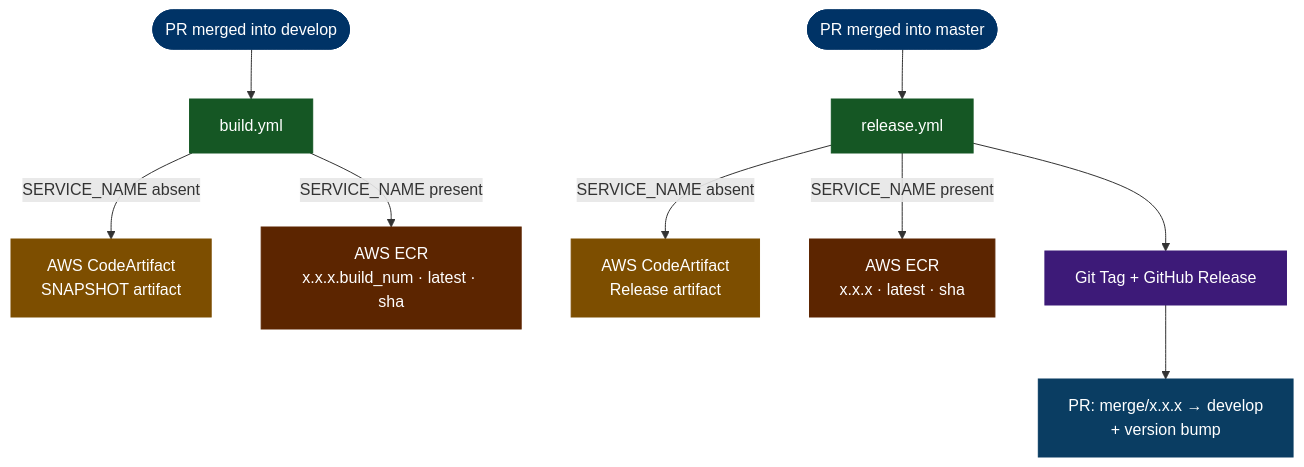
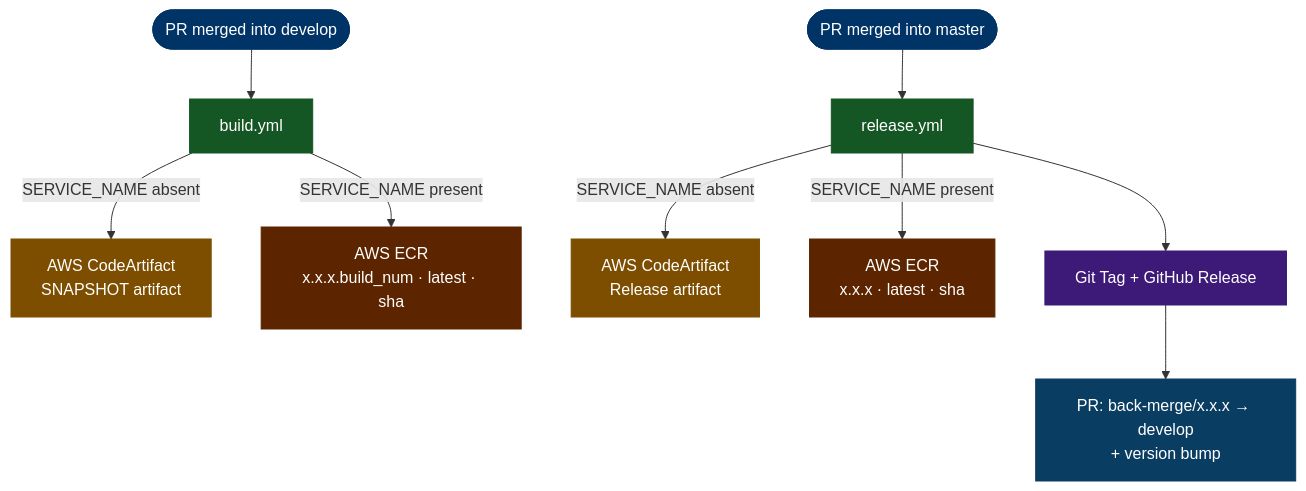
Before and after one commit to awesomaticza/github-workflows: the second of 2 diagrams in README.md, drawn with Mermaid. The commit also changed 3 other files, not shown here.

Commit message:
chore: rename branch to back-merge into develop from merge to back-merge

````diff
--- a/README.md
+++ b/README.md
@@ -48,30 +48,30 @@
 ```mermaid
 flowchart TD
     DEV_PR([PR merged into develop])
     MASTER_PR([PR merged into master])
 
     DEV_PR --> BUILD["build.yml"]
     MASTER_PR --> RELEASE["release.yml"]
 
     BUILD -- "SERVICE_NAME absent" --> CA_S["AWS CodeArtifact<br/>SNAPSHOT artifact"]
     BUILD -- "SERVICE_NAME present" --> ECR_B["AWS ECR<br/>x.x.x.build_num · latest · sha"]
 
     RELEASE -- "SERVICE_NAME absent" --> CA_R["AWS CodeArtifact<br/>Release artifact"]
     RELEASE -- "SERVICE_NAME present" --> ECR_R["AWS ECR<br/>x.x.x · latest · sha"]
     RELEASE --> TAG["Git Tag + GitHub Release"]
-    TAG --> M2D["PR: merge/x.x.x → develop<br/>+ version bump"]
+    TAG --> M2D["PR: back-merge/x.x.x → develop<br/>+ version bump"]
 
     classDef trigger fill:#003366,stroke:#003366,color:#ffffff
     classDef workflow fill:#155724,stroke:#155724,color:#ffffff
     classDef codeartifact fill:#7d4e00,stroke:#7d4e00,color:#ffffff
     classDef ecr fill:#5c2500,stroke:#5c2500,color:#ffffff
     classDef gitop fill:#3d1a78,stroke:#3d1a78,color:#ffffff
     classDef mergeback fill:#0a3d62,stroke:#0a3d62,color:#ffffff
 
     class DEV_PR,MASTER_PR trigger
     class BUILD,RELEASE workflow
     class CA_S,CA_R codeartifact
     class ECR_B,ECR_R ecr
     class TAG gitop
     class M2D mergeback
 ```
````
